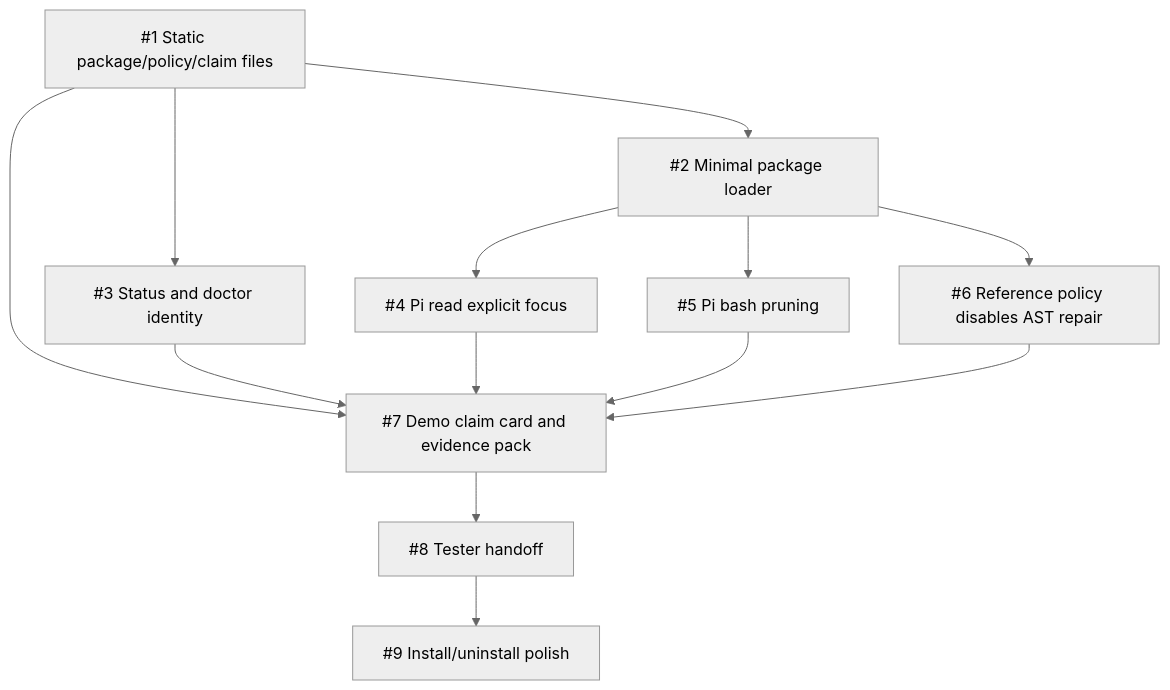
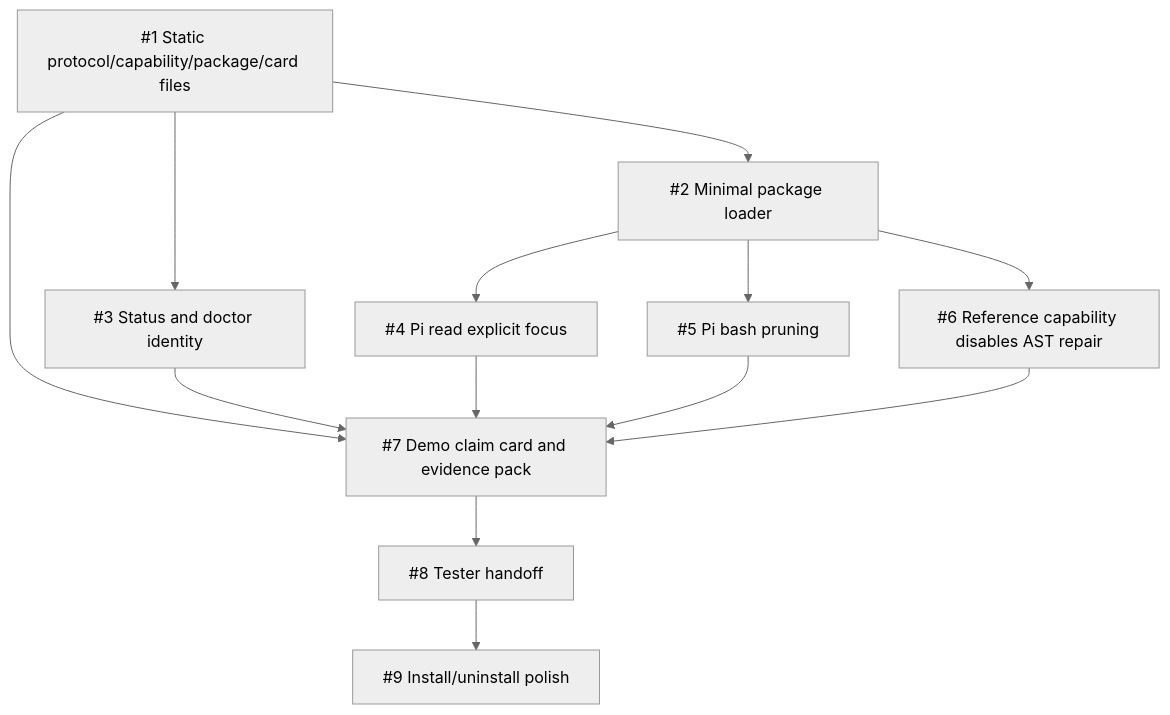
One commit to e24z/needle changed the diagram in NEEDLE-1.0-ISSUE-MAP.md. Above: the diagram before and after it, drawn with Mermaid (neutral theme). The commit also changed other lines of this file and 1 other file, not shown here.

````diff
--- a/NEEDLE-1.0-ISSUE-MAP.md
+++ b/NEEDLE-1.0-ISSUE-MAP.md
@@ -65,15 +66,15 @@
 ```mermaid
 flowchart TD
-    I1["#1 Static package/policy/claim files"] --> I2["#2 Minimal package loader"]
+    I1["#1 Static protocol/capability/package/card files"] --> I2["#2 Minimal package loader"]
     I1 --> I3["#3 Status and doctor identity"]
     I1 --> I7["#7 Demo claim card and evidence pack"]
     I2 --> I4["#4 Pi read explicit focus"]
     I2 --> I5["#5 Pi bash pruning"]
-    I2 --> I6["#6 Reference policy disables AST repair"]
+    I2 --> I6["#6 Reference capability disables AST repair"]
     I3 --> I7
     I4 --> I7
     I5 --> I7
     I6 --> I7
     I7 --> I8["#8 Tester handoff"]
     I8 --> I9["#9 Install/uninstall polish"]
 ```
````
